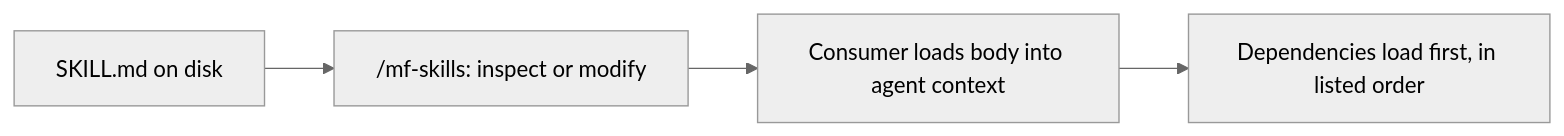
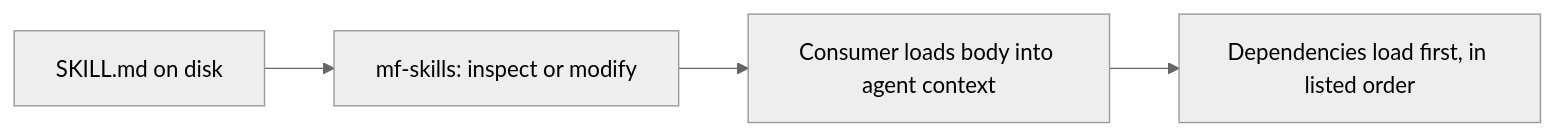
The diagram in packages/pi-skills/wiki/skills.md (montflow/montflow), drawn with Mermaid (neutral theme) before and after one commit. The commit also changed other lines of this file and 5 other files, not shown here.

````diff
--- a/packages/pi-skills/wiki/skills.md
+++ b/packages/pi-skills/wiki/skills.md
@@ -25,6 +25,6 @@
 ```mermaid
 flowchart LR
-    S["SKILL.md on disk"] --> I["/mf-skills: inspect or modify"]
+    S["SKILL.md on disk"] --> I["mf-skills: inspect or modify"]
     I --> C["Consumer loads body into agent context"]
     C --> D["Dependencies load first, in listed order"]
 ```
````
